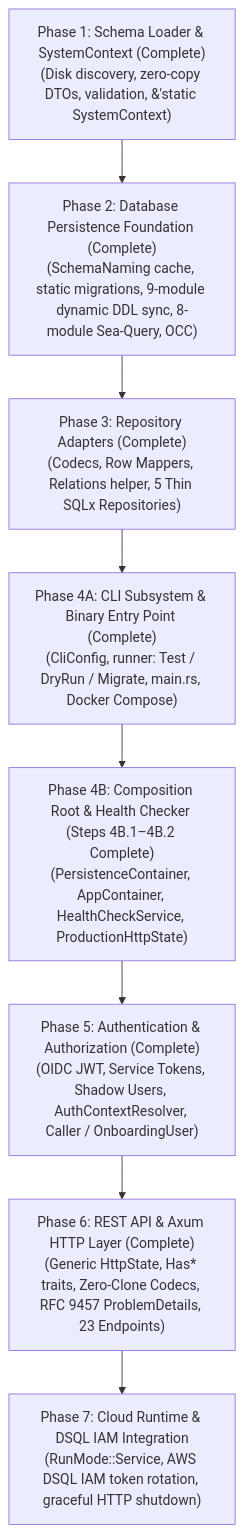
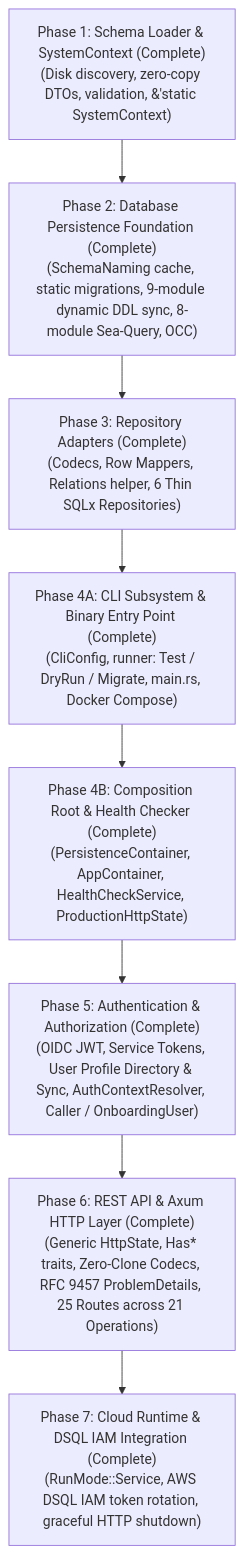
Before and after one commit to luminair-cms/luminair-system: the first of 2 diagrams in docs/plan-infrastructure.md, drawn with Mermaid. The commit also changed other lines of this file and 3 other files, not shown here.

First line of the commit message:
docs(infrastructure): harmonize architecture docs with ADR-005 and ADR-006

````diff
--- a/docs/plan-infrastructure.md
+++ b/docs/plan-infrastructure.md
@@ -19,19 +19,19 @@
 ```mermaid
 flowchart TD
     P1["Phase 1: Schema Loader & SystemContext (Complete)<br/>(Disk discovery, zero-copy DTOs, validation, &'static SystemContext)"]
     P2["Phase 2: Database Persistence Foundation (Complete)<br/>(SchemaNaming cache, static migrations, 9-module dynamic DDL sync, 8-module Sea-Query, OCC)"]
-    P3["Phase 3: Repository Adapters (Complete)<br/>(Codecs, Row Mappers, Relations helper, 5 Thin SQLx Repositories)"]
+    P3["Phase 3: Repository Adapters (Complete)<br/>(Codecs, Row Mappers, Relations helper, 6 Thin SQLx Repositories)"]
     P4A["Phase 4A: CLI Subsystem & Binary Entry Point (Complete)<br/>(CliConfig, runner: Test / DryRun / Migrate, main.rs, Docker Compose)"]
-    P4B["Phase 4B: Composition Root & Health Checker (Steps 4B.1–4B.2 Complete)<br/>(PersistenceContainer, AppContainer, HealthCheckService, ProductionHttpState)"]
-    P5["Phase 5: Authentication & Authorization (Complete)<br/>(OIDC JWT, Service Tokens, Shadow Users, AuthContextResolver, Caller / OnboardingUser)"]
-    P6["Phase 6: REST API & Axum HTTP Layer (Complete)<br/>(Generic HttpState, Has* traits, Zero-Clone Codecs, RFC 9457 ProblemDetails, 23 Endpoints)"]
-    P7["Phase 7: Cloud Runtime & DSQL IAM Integration<br/>(RunMode::Service, AWS DSQL IAM token rotation, graceful HTTP shutdown)"]
+    P4B["Phase 4B: Composition Root & Health Checker (Complete)<br/>(PersistenceContainer, AppContainer, HealthCheckService, ProductionHttpState)"]
+    P5["Phase 5: Authentication & Authorization (Complete)<br/>(OIDC JWT, Service Tokens, User Profile Directory & Sync, AuthContextResolver, Caller / OnboardingUser)"]
+    P6["Phase 6: REST API & Axum HTTP Layer (Complete)<br/>(Generic HttpState, Has* traits, Zero-Clone Codecs, RFC 9457 ProblemDetails, 25 Routes across 21 Operations)"]
+    P7["Phase 7: Cloud Runtime & DSQL IAM Integration (Complete)<br/>(RunMode::Service, AWS DSQL IAM token rotation, graceful HTTP shutdown)"]
 
     P1 --> P2
     P2 --> P3
     P3 --> P4A
     P4A --> P4B
     P4B --> P5
     P5 --> P6
     P6 --> P7
 ```
````
